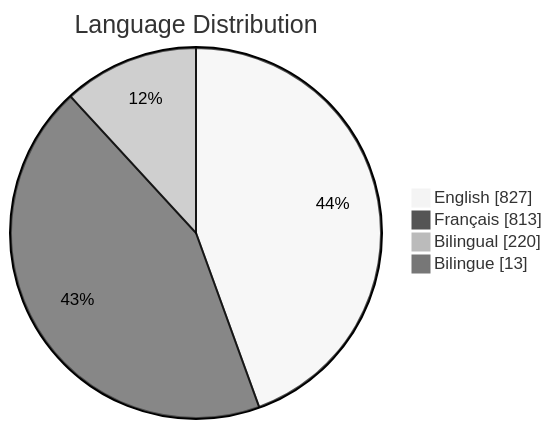
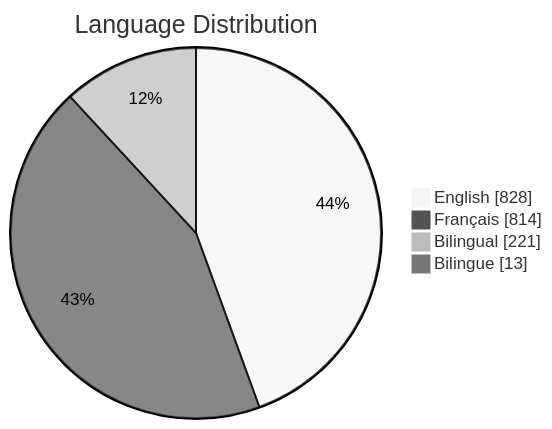
The third of 6 diagrams in README.md (PatLittle/GC-Socials), drawn with Mermaid (neutral theme) before and after one commit. The commit also changed other lines of this file, not shown here.

Commit message:
Update README with Platform Distribution pie chart

````diff
--- a/README.md
+++ b/README.md
@@ -65,7 +65,7 @@
 ```mermaid
 pie showData title Language Distribution
-    "English": 827
-    "Français": 813
-    "Bilingual": 220
+    "English": 828
+    "Français": 814
+    "Bilingual": 221
     "Bilingue": 13
 ```
````
